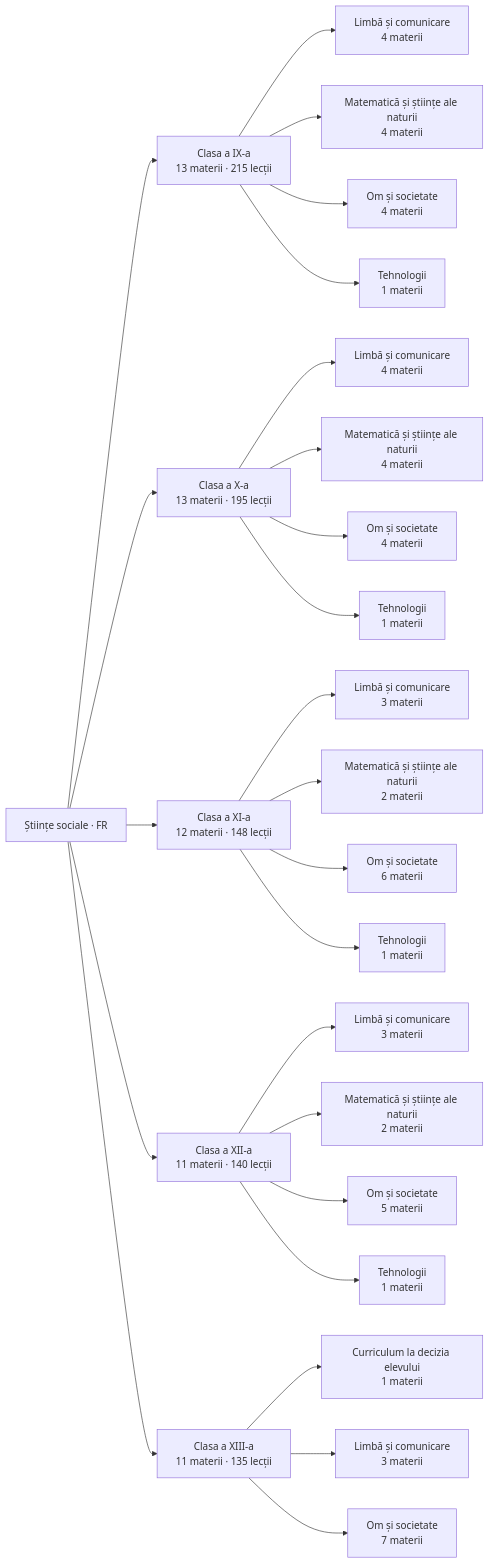
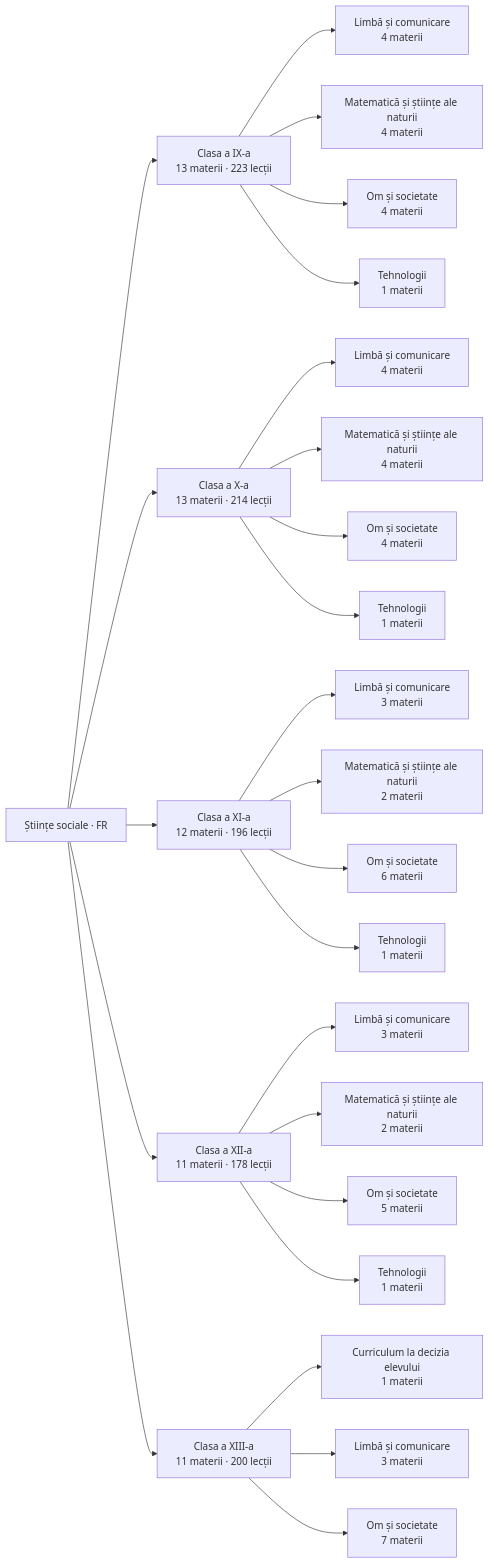
Before and after one commit to almeueste777-ops/Stiinte01: the diagram in vault/Hartă de învățare.md, drawn with Mermaid. The commit also changed other lines of this file and 439 other files, not shown here.

Commit message:
Graphify: regenerez vault-ul Obsidian din date

````diff
--- a/vault/Hartă de învățare.md
+++ b/vault/Hartă de învățare.md
@@ -10,52 +10,52 @@
 ```mermaid
 graph LR
   P["Științe sociale · FR"]
-  C0["Clasa a IX-a<br/>13 materii · 215 lecții"]
+  C0["Clasa a IX-a<br/>13 materii · 223 lecții"]
   P --> C0
   A0_0["Limbă și comunicare<br/>4 materii"]
   C0 --> A0_0
   A0_1["Matematică și științe ale naturii<br/>4 materii"]
   C0 --> A0_1
   A0_2["Om și societate<br/>4 materii"]
   C0 --> A0_2
   A0_3["Tehnologii<br/>1 materii"]
   C0 --> A0_3
-  C1["Clasa a X-a<br/>13 materii · 195 lecții"]
+  C1["Clasa a X-a<br/>13 materii · 214 lecții"]
   P --> C1
   A1_0["Limbă și comunicare<br/>4 materii"]
   C1 --> A1_0
   A1_1["Matematică și științe ale naturii<br/>4 materii"]
   C1 --> A1_1
   A1_2["Om și societate<br/>4 materii"]
   C1 --> A1_2
   A1_3["Tehnologii<br/>1 materii"]
   C1 --> A1_3
-  C2["Clasa a XI-a<br/>12 materii · 148 lecții"]
+  C2["Clasa a XI-a<br/>12 materii · 196 lecții"]
   P --> C2
   A2_0["Limbă și comunicare<br/>3 materii"]
   C2 --> A2_0
   A2_1["Matematică și științe ale naturii<br/>2 materii"]
   C2 --> A2_1
   A2_2["Om și societate<br/>6 materii"]
   C2 --> A2_2
   A2_3["Tehnologii<br/>1 materii"]
   C2 --> A2_3
-  C3["Clasa a XII-a<br/>11 materii · 140 lecții"]
+  C3["Clasa a XII-a<br/>11 materii · 178 lecții"]
   P --> C3
   A3_0["Limbă și comunicare<br/>3 materii"]
   C3 --> A3_0
   A3_1["Matematică și științe ale naturii<br/>2 materii"]
   C3 --> A3_1
   A3_2["Om și societate<br/>5 materii"]
   C3 --> A3_2
   A3_3["Tehnologii<br/>1 materii"]
   C3 --> A3_3
-  C4["Clasa a XIII-a<br/>11 materii · 135 lecții"]
+  C4["Clasa a XIII-a<br/>11 materii · 200 lecții"]
   P --> C4
   A4_0["Curriculum la decizia elevului<br/>1 materii"]
   C4 --> A4_0
   A4_1["Limbă și comunicare<br/>3 materii"]
   C4 --> A4_1
   A4_2["Om și societate<br/>7 materii"]
   C4 --> A4_2
 ```
````
